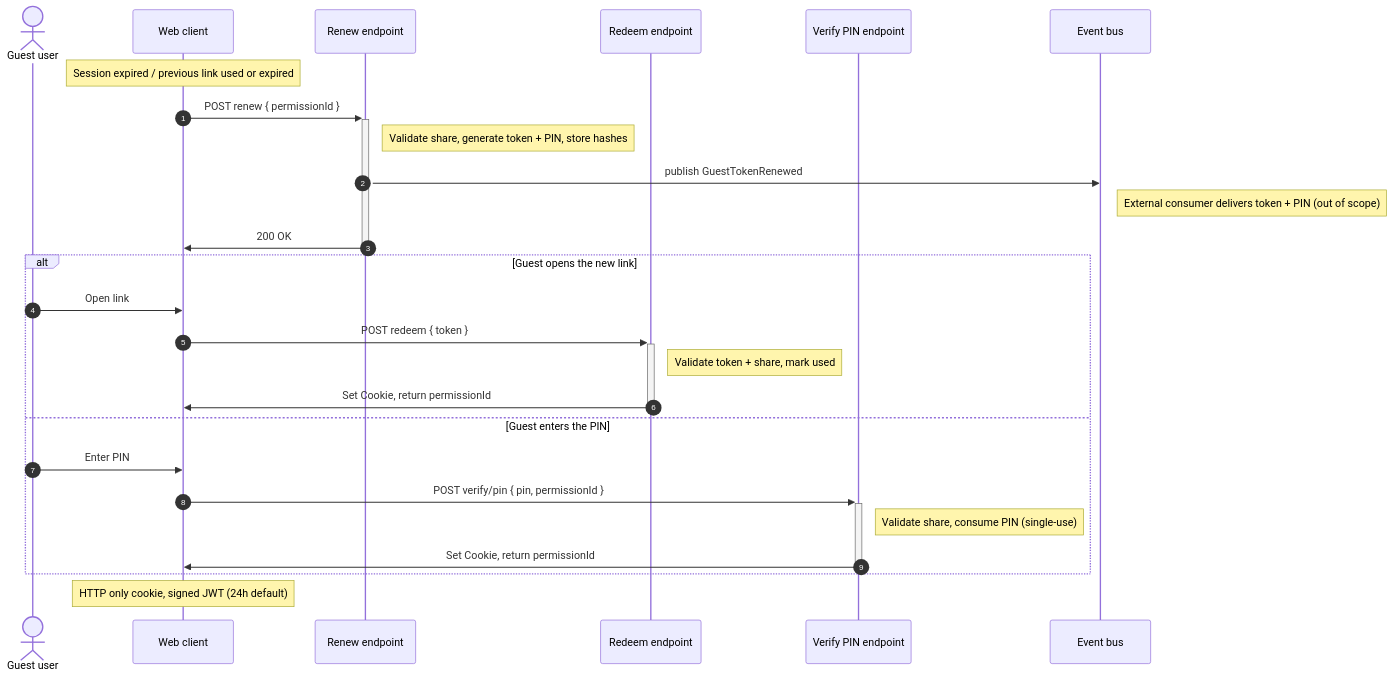
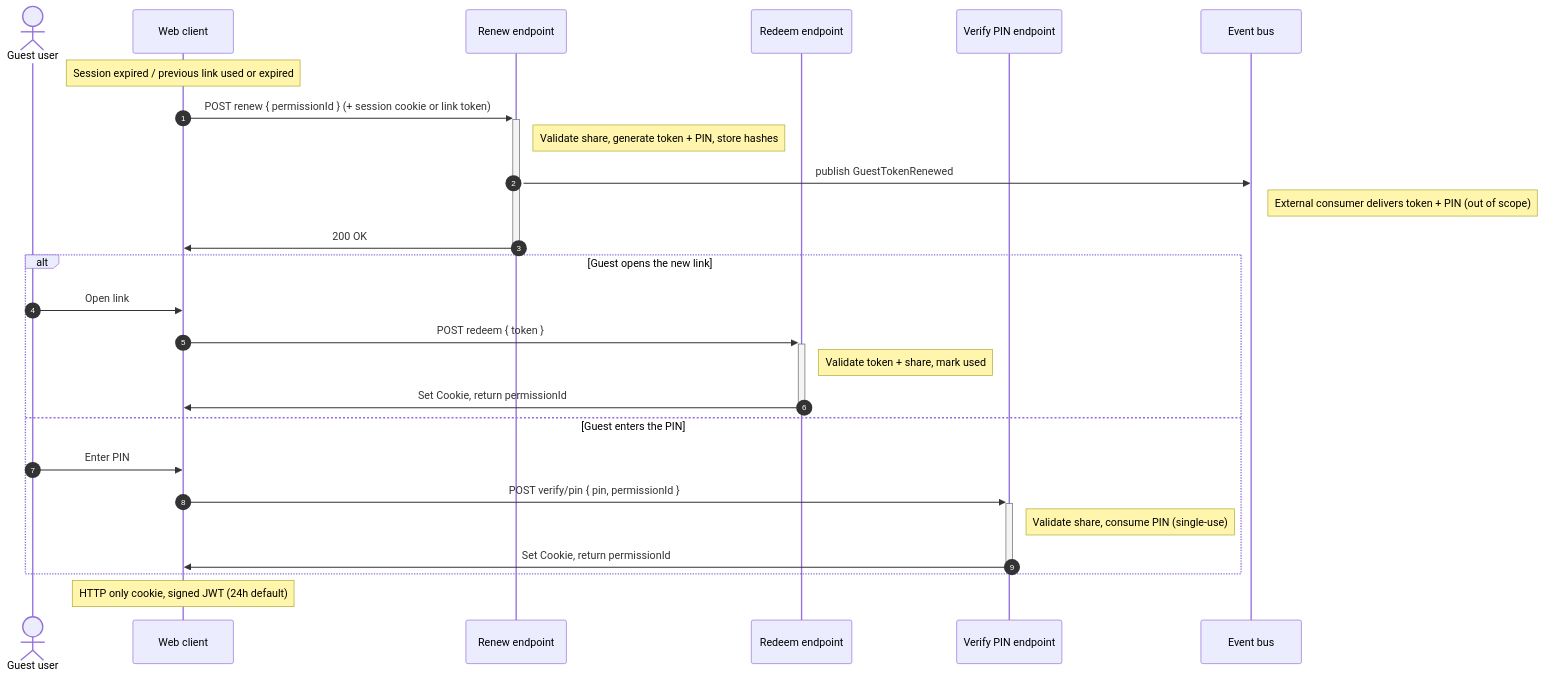
The second of 2 diagrams in services/auth-guest/README.md (rhafer/opencloud), drawn with Mermaid before and after one commit. The commit also changed other lines of this file and 15 other files, not shown here.

Commit message:
feat(authguest): upd renewal logic to verify token and session, storage has now revisions

````diff
--- a/services/auth-guest/README.md
+++ b/services/auth-guest/README.md
@@ -101,30 +100,30 @@
 ```mermaid
 sequenceDiagram
     autonumber
     actor User as Guest user
     participant Web as Web client
     participant Renew as Renew endpoint
     participant Redeem as Redeem endpoint
     participant Pin as Verify PIN endpoint
     participant Bus as Event bus
 
     Note over Web: Session expired / previous link used or expired
-    Web->>+Renew: POST renew { permissionId }
+    Web->>+Renew: POST renew { permissionId } (+ session cookie or link token)
     Note right of Renew: Validate share, generate token + PIN, store hashes
     Renew->>Bus: publish GuestTokenRenewed
     Note right of Bus: External consumer delivers token + PIN (out of scope)
     Renew->>-Web: 200 OK
 
     alt Guest opens the new link
         User->>Web: Open link
         Web->>+Redeem: POST redeem { token }
         Note right of Redeem: Validate token + share, mark used
         Redeem->>-Web: Set Cookie, return permissionId
     else Guest enters the PIN
         User->>Web: Enter PIN
         Web->>+Pin: POST verify/pin { pin, permissionId }
         Note right of Pin: Validate share, consume PIN (single-use)
         Pin->>-Web: Set Cookie, return permissionId
     end
     Note over Web: HTTP only cookie, signed JWT (24h default)
 ```
````
